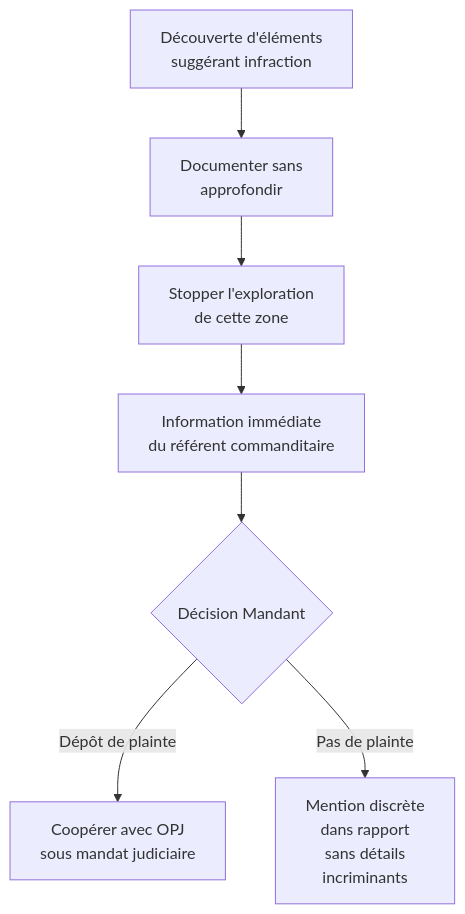
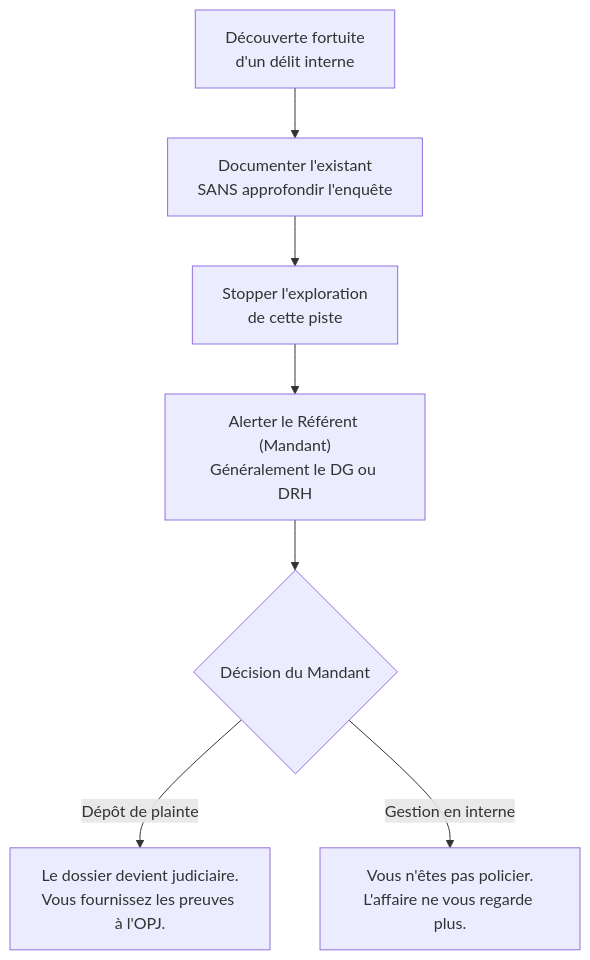
The fourth of 4 diagrams in docs/cursus-forensic/01-cycle-0-fondations/module-1-legislation/10-cadre-pentest-legal.md (zyrass/omnydocs), drawn with Mermaid before and after one commit. The commit also changed other lines of this file and 171 other files, not shown here.

````diff
--- a/docs/cursus-forensic/01-cycle-0-fondations/module-1-legislation/10-cadre-pentest-legal.md
+++ b/docs/cursus-forensic/01-cycle-0-fondations/module-1-legislation/10-cadre-pentest-legal.md
@@ -571,9 +227,9 @@
 ```mermaid
 flowchart TB
-    A[Découverte d'éléments<br>suggérant infraction] --> B[Documenter sans<br>approfondir]
-    B --> C[Stopper l'exploration<br>de cette zone]
-    C --> D[Information immédiate<br>du référent commanditaire]
-    D --> E{Décision Mandant}
-    E -->|Dépôt de plainte| F[Coopérer avec OPJ<br>sous mandat judiciaire]
-    E -->|Pas de plainte| G[Mention discrète<br>dans rapport<br>sans détails<br>incriminants]
+    A["Découverte fortuite<br>d'un délit interne"] --> B["Documenter l'existant<br>SANS approfondir l'enquête"]
+    B --> C["Stopper l'exploration<br>de cette piste"]
+    C --> D["Alerter le Référent (Mandant)<br>Généralement le DG ou DRH"]
+    D --> E{"Décision du Mandant"}
+    E -->|"Dépôt de plainte"| F["Le dossier devient judiciaire.<br>Vous fournissez les preuves à l'OPJ."]
+    E -->|"Gestion en interne"| G["Vous n'êtes pas policier.<br>L'affaire ne vous regarde plus."]
 ```
````
